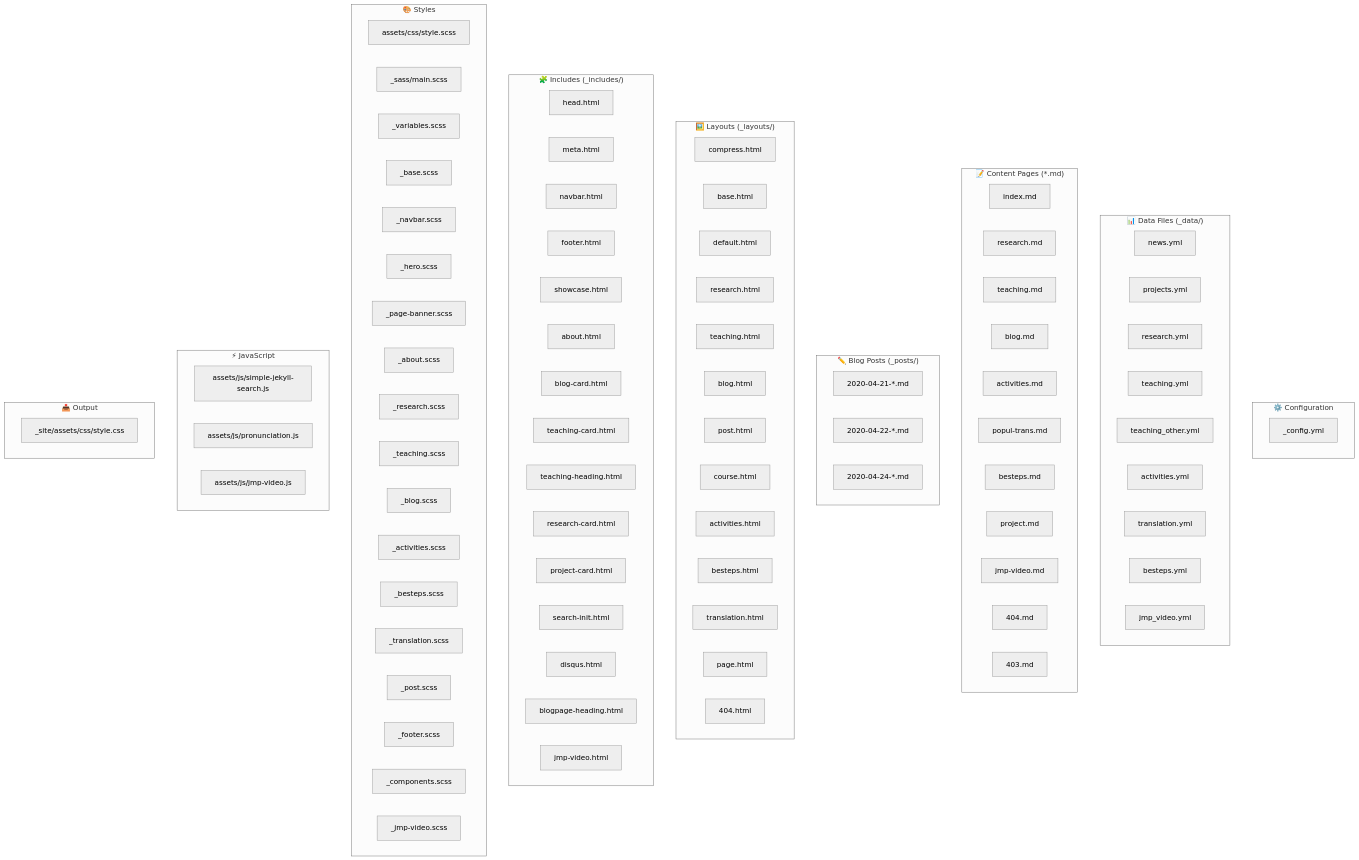
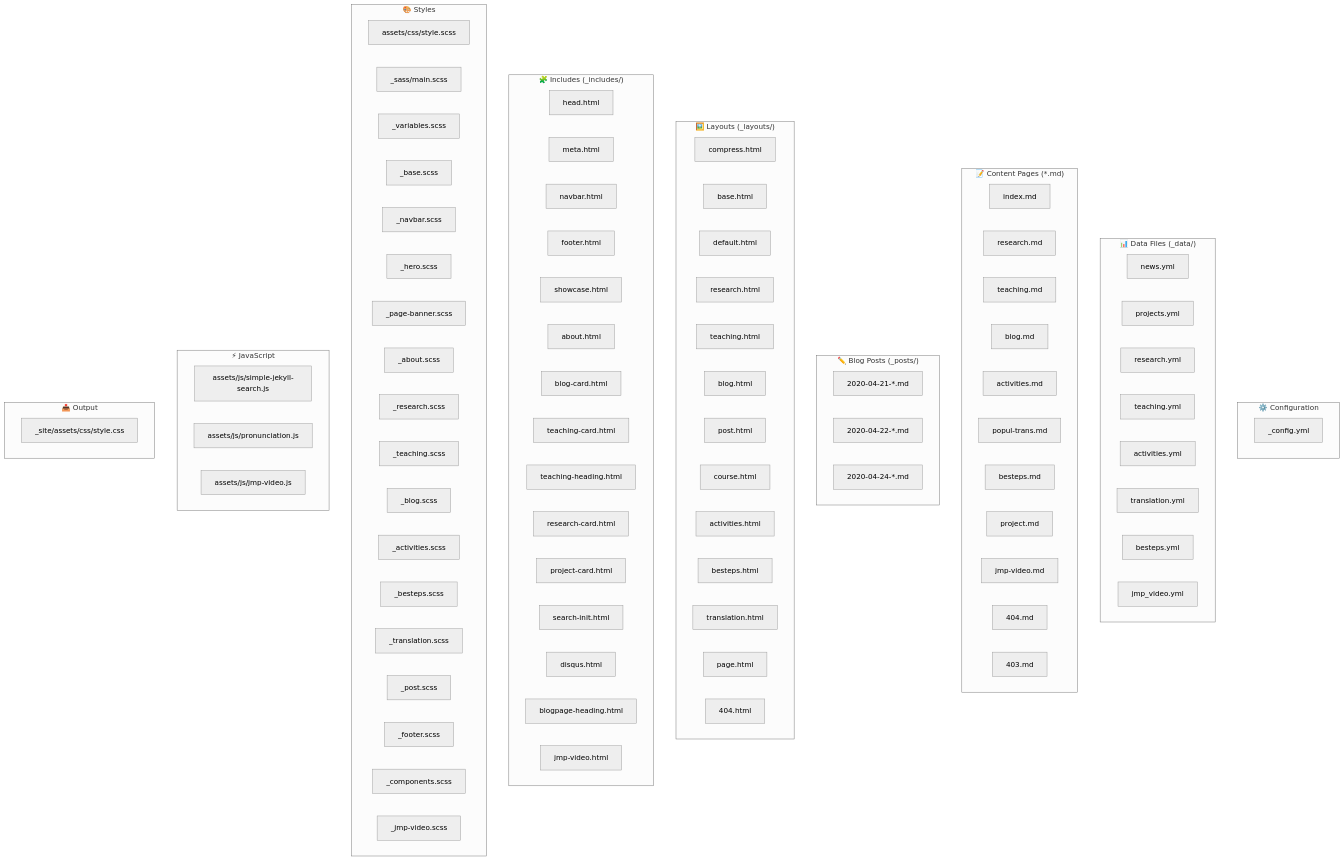
One commit to lin-mengwei/lin-mengwei.github.io changed the first of 6 diagrams in ARCHITECTURE.md. Above: the diagram before and after it, drawn with Mermaid (neutral theme). The commit also changed other lines of this file and 1 other file, not shown here.

```diff
--- a/ARCHITECTURE.md
+++ b/ARCHITECTURE.md
@@ -15,7 +15,6 @@
         projects[projects.yml]
         research_data[research.yml]
         teaching_data[teaching.yml]
-        teaching_other[teaching_other.yml]
         activities_data[activities.yml]
         translation_data[translation.yml]
         besteps_data[besteps.yml]
```
